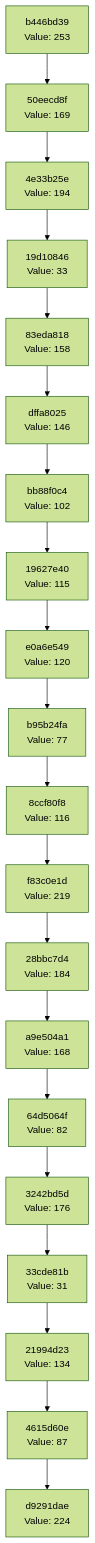
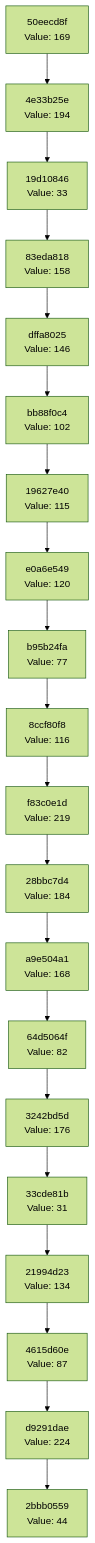
The diagram in docs/CHAIN_VISUALIZATION.md (Abhisheksinha1506/hash-chain-evolver), drawn with Mermaid (forest theme) before and after one commit. The commit also changed 3 other files, not shown here.

````diff
--- a/docs/CHAIN_VISUALIZATION.md
+++ b/docs/CHAIN_VISUALIZATION.md
@@ -3,42 +3,42 @@
 ```mermaid
 graph TD
-    C0["d9291dae<br/>Value: 224"]
-    C1["4615d60e<br/>Value: 87"]
+    C0["2bbb0559<br/>Value: 44"]
+    C1["d9291dae<br/>Value: 224"]
     C1 --> C0
-    C2["21994d23<br/>Value: 134"]
+    C2["4615d60e<br/>Value: 87"]
     C2 --> C1
-    C3["33cde81b<br/>Value: 31"]
+    C3["21994d23<br/>Value: 134"]
     C3 --> C2
-    C4["3242bd5d<br/>Value: 176"]
+    C4["33cde81b<br/>Value: 31"]
     C4 --> C3
-    C5["64d5064f<br/>Value: 82"]
+    C5["3242bd5d<br/>Value: 176"]
     C5 --> C4
-    C6["a9e504a1<br/>Value: 168"]
+    C6["64d5064f<br/>Value: 82"]
     C6 --> C5
-    C7["28bbc7d4<br/>Value: 184"]
+    C7["a9e504a1<br/>Value: 168"]
     C7 --> C6
-    C8["f83c0e1d<br/>Value: 219"]
+    C8["28bbc7d4<br/>Value: 184"]
     C8 --> C7
-    C9["8ccf80f8<br/>Value: 116"]
+    C9["f83c0e1d<br/>Value: 219"]
     C9 --> C8
-    C10["b95b24fa<br/>Value: 77"]
+    C10["8ccf80f8<br/>Value: 116"]
     C10 --> C9
-    C11["e0a6e549<br/>Value: 120"]
+    C11["b95b24fa<br/>Value: 77"]
     C11 --> C10
-    C12["19627e40<br/>Value: 115"]
+    C12["e0a6e549<br/>Value: 120"]
     C12 --> C11
-    C13["bb88f0c4<br/>Value: 102"]
+    C13["19627e40<br/>Value: 115"]
     C13 --> C12
-    C14["dffa8025<br/>Value: 146"]
+    C14["bb88f0c4<br/>Value: 102"]
     C14 --> C13
-    C15["83eda818<br/>Value: 158"]
+    C15["dffa8025<br/>Value: 146"]
     C15 --> C14
-    C16["19d10846<br/>Value: 33"]
+    C16["83eda818<br/>Value: 158"]
     C16 --> C15
-    C17["4e33b25e<br/>Value: 194"]
+    C17["19d10846<br/>Value: 33"]
     C17 --> C16
-    C18["50eecd8f<br/>Value: 169"]
+    C18["4e33b25e<br/>Value: 194"]
     C18 --> C17
-    C19["b446bd39<br/>Value: 253"]
+    C19["50eecd8f<br/>Value: 169"]
     C19 --> C18
 ```
````
